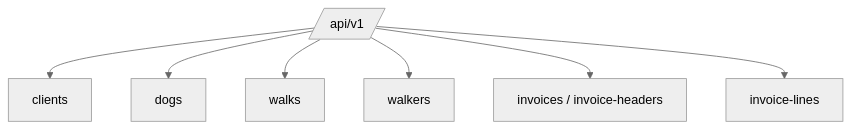
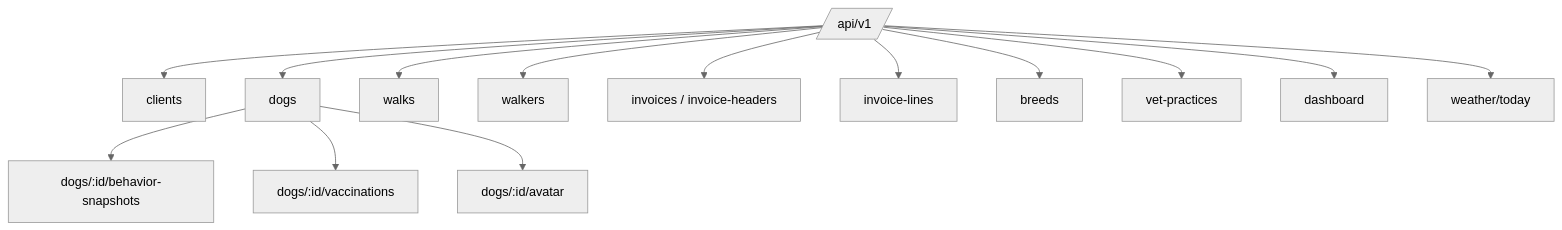
The third of 3 diagrams in docs/architecture/diagrams.md (nathcymru/CiCwtch), drawn with Mermaid (neutral theme) before and after one commit. The commit also changed other lines of this file and 4 other files, not shown here.

Commit message:
docs: update architecture, GDPR and Fides for v0.3.5 dog enrichment

````diff
--- a/docs/architecture/diagrams.md
+++ b/docs/architecture/diagrams.md
@@ -53,9 +54,16 @@
 ```mermaid
 flowchart TD
   API[/api/v1/] --> Clients[clients]
   API --> Dogs[dogs]
   API --> Walks[walks]
   API --> Walkers[walkers]
   API --> Invoices[invoices / invoice-headers]
   API --> InvoiceLines[invoice-lines]
+  API --> Breeds[breeds]
+  API --> VetPractices[vet-practices]
+  API --> Dashboard[dashboard]
+  API --> Weather[weather/today]
+  Dogs --> BehaviorSnapshots[dogs/:id/behavior-snapshots]
+  Dogs --> Vaccinations[dogs/:id/vaccinations]
+  Dogs --> Avatar[dogs/:id/avatar]
 ```
````
